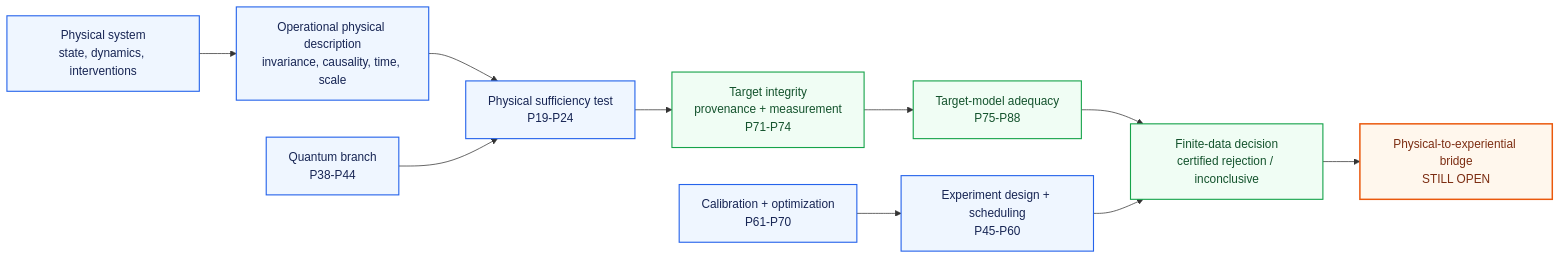
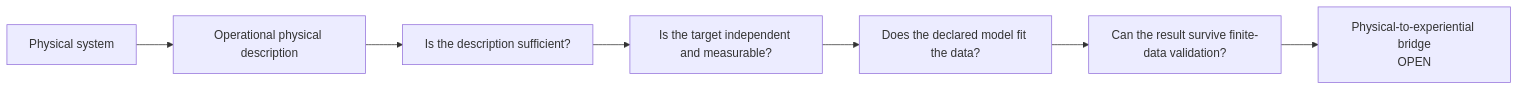
The diagram in START_HERE.md (MahsaKeikha/mathematical-consciousness-bridge), drawn with Mermaid before and after one commit. The commit also changed other lines of this file, not shown here.

````diff
--- a/START_HERE.md
+++ b/START_HERE.md
@@ -19,20 +19,9 @@
 ```mermaid
 flowchart LR
-    A[Physical system\nstate, dynamics, interventions] --> B[Operational physical description\ninvariance, causality, time, scale]
-    B --> C[Physical sufficiency test\nP19-P24]
-    C --> D[Target integrity\nprovenance + measurement\nP71-P74]
-    D --> E[Target-model adequacy\nP75-P88]
-    E --> F[Finite-data decision\ncertified rejection / inconclusive]
-    F --> G[Physical-to-experiential bridge\nSTILL OPEN]
-
-    H[Quantum branch\nP38-P44] --> C
-    I[Experiment design + scheduling\nP45-P60] --> F
-    J[Calibration + optimization\nP61-P70] --> I
-
-    classDef open fill:#fff7ed,stroke:#ea580c,stroke-width:2px,color:#7c2d12;
-    classDef core fill:#eff6ff,stroke:#2563eb,stroke-width:1.5px,color:#172554;
-    classDef target fill:#f0fdf4,stroke:#16a34a,stroke-width:1.5px,color:#14532d;
-    class A,B,C,H,I,J core;
-    class D,E,F target;
-    class G open;
+    A[Physical system] --> B[Operational physical description]
+    B --> C[Is the description sufficient?]
+    C --> D[Is the target independent and measurable?]
+    D --> E[Does the declared model fit the data?]
+    E --> F[Can the result survive finite-data validation?]
+    F --> G[Physical-to-experiential bridge\nOPEN]
 ```
````
